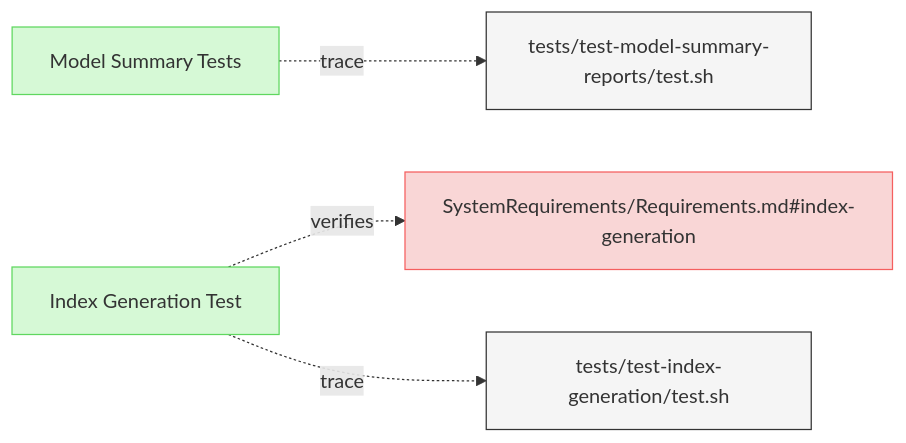
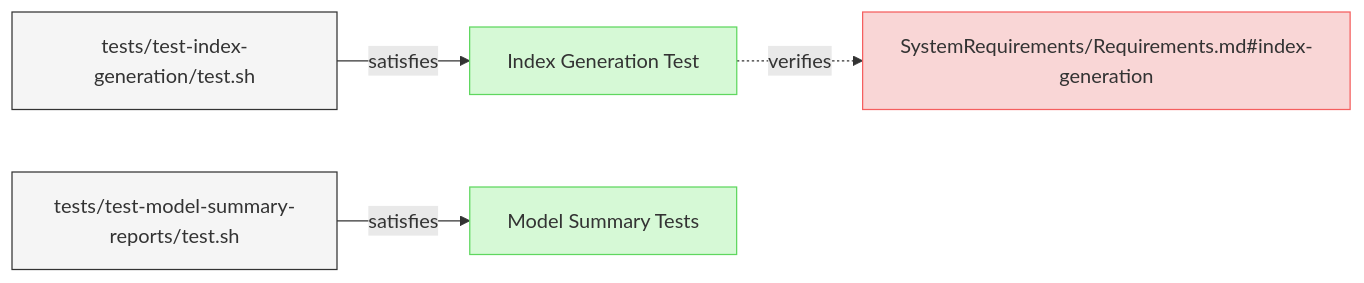
One commit to reqvire-org/reqvire changed the diagram in specifications/Verifications/ReportsTests.md. Above: the diagram before and after it, drawn with Mermaid. The commit also changed other lines of this file and 16 other files, not shown here.

Commit message:
Use satisfiedBy for test Verifications.

````diff
--- a/specifications/Verifications/ReportsTests.md
+++ b/specifications/Verifications/ReportsTests.md
@@ -6,27 +6,27 @@
 ```mermaid
 graph LR;
   %% Graph styling
   classDef requirement fill:#f9d6d6,stroke:#f55f5f,stroke-width:1px;
   classDef verification fill:#d6f9d6,stroke:#5fd75f,stroke-width:1px;
   classDef externalLink fill:#d0e0ff,stroke:#3080ff,stroke-width:1px;
   classDef default fill:#f5f5f5,stroke:#333333,stroke-width:1px;
 
+  62274e8cf8493254["Index Generation Test"];
+  click 62274e8cf8493254 "https://github.com/Reqvire/reqvire/blob/30536324899084e88969175e3613c971ffa6e108/specifications/Verifications/ReportsTests.md#index-generation-test";
+  class 62274e8cf8493254 verification;
+  3b4bfa0725509a0e["SystemRequirements/Requirements.md#index-generation"];
+  class 3b4bfa0725509a0e requirement;
+  click 3b4bfa0725509a0e "https://github.com/Reqvire/reqvire/blob/30536324899084e88969175e3613c971ffa6e108/specifications/SystemRequirements/Requirements.md#index-generation";
+  62274e8cf8493254 -.->|verifies| 3b4bfa0725509a0e;
+  9c89c7cfe5f93c50["tests/test-index-generation/test.sh"];
+  class 9c89c7cfe5f93c50 default;
+  click 9c89c7cfe5f93c50 "https://github.com/Reqvire/reqvire/blob/30536324899084e88969175e3613c971ffa6e108/tests/test-index-generation/test.sh";
+  9c89c7cfe5f93c50 -->|satisfies| 62274e8cf8493254;
   ecd5cbbaddffb824["Model Summary Tests"];
-  click ecd5cbbaddffb824 "https://github.com/Reqvire/reqvire/blob/92e82ef235559b4819fd85d700024b79b452d8e3/specifications/Verifications/ReportsTests.md#model-summary-tests";
+  click ecd5cbbaddffb824 "https://github.com/Reqvire/reqvire/blob/30536324899084e88969175e3613c971ffa6e108/specifications/Verifications/ReportsTests.md#model-summary-tests";
   class ecd5cbbaddffb824 verification;
   ed42c8b28f021de0["tests/test-model-summary-reports/test.sh"];
   class ed42c8b28f021de0 default;
-  click ed42c8b28f021de0 "https://github.com/Reqvire/reqvire/blob/92e82ef235559b4819fd85d700024b79b452d8e3/tests/test-model-summary-reports/test.sh";
-  ecd5cbbaddffb824 -.->|trace| ed42c8b28f021de0;
-  62274e8cf8493254["Index Generation Test"];
-  click 62274e8cf8493254 "https://github.com/Reqvire/reqvire/blob/92e82ef235559b4819fd85d700024b79b452d8e3/specifications/Verifications/ReportsTests.md#index-generation-test";
-  class 62274e8cf8493254 verification;
-  3b4bfa0725509a0e["SystemRequirements/Requirements.md#index-generation"];
-  class 3b4bfa0725509a0e requirement;
-  click 3b4bfa0725509a0e "https://github.com/Reqvire/reqvire/blob/92e82ef235559b4819fd85d700024b79b452d8e3/specifications/SystemRequirements/Requirements.md#index-generation";
-  62274e8cf8493254 -.->|verifies| 3b4bfa0725509a0e;
-  9c89c7cfe5f93c50["tests/test-index-generation/test.sh"];
-  class 9c89c7cfe5f93c50 default;
-  click 9c89c7cfe5f93c50 "https://github.com/Reqvire/reqvire/blob/92e82ef235559b4819fd85d700024b79b452d8e3/tests/test-index-generation/test.sh";
-  62274e8cf8493254 -.->|trace| 9c89c7cfe5f93c50;
+  click ed42c8b28f021de0 "https://github.com/Reqvire/reqvire/blob/30536324899084e88969175e3613c971ffa6e108/tests/test-model-summary-reports/test.sh";
+  ed42c8b28f021de0 -->|satisfies| ecd5cbbaddffb824;
 ```
````
